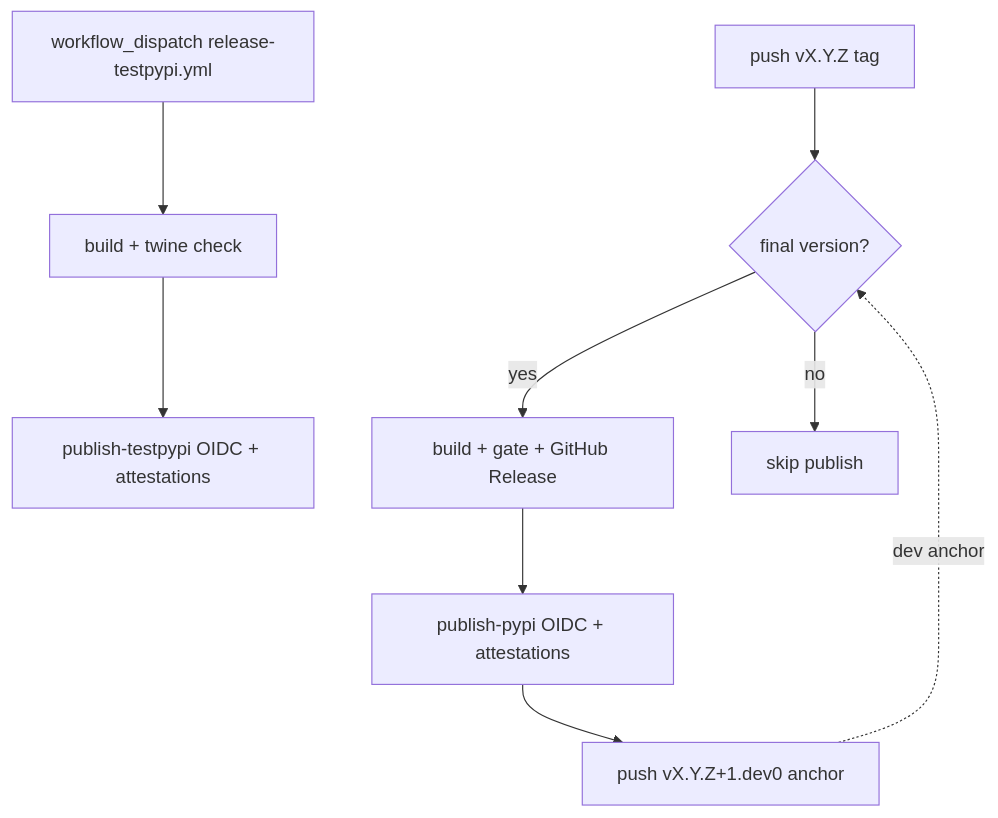
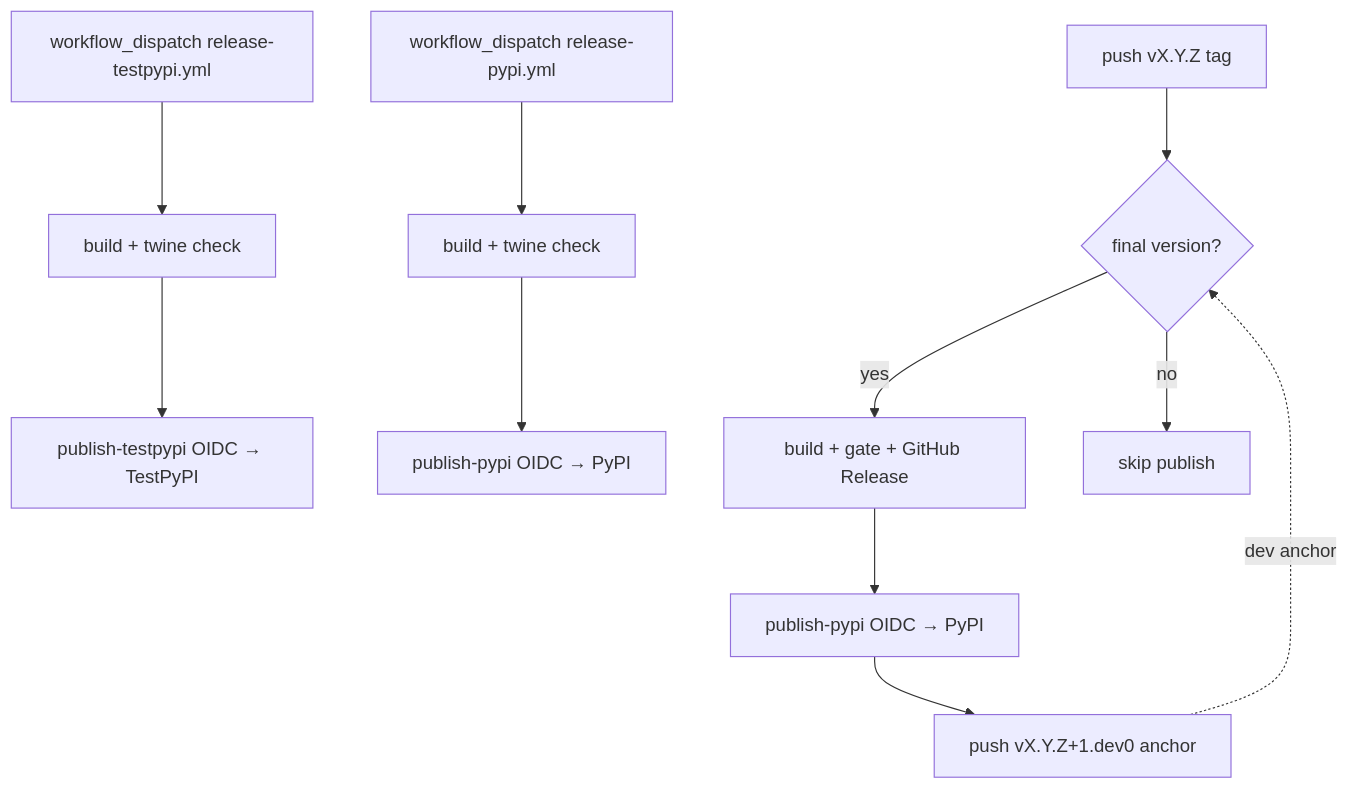
One commit to endorlabs/endorlabs-sdk changed the diagram in docs/contributing/release-publishing.md. Above: the diagram before and after it, drawn with Mermaid. The commit also changed other lines of this file and 11 other files, not shown here.

First line of the commit message:
chore: bump dependency pins and add manual PyPI release workflow

````diff
--- a/docs/contributing/release-publishing.md
+++ b/docs/contributing/release-publishing.md
@@ -156,11 +166,13 @@
 ```mermaid
 flowchart TD
-  dispatch["workflow_dispatch release-testpypi.yml"] --> testBuild[build + twine check]
-  testBuild --> pubT["publish-testpypi OIDC + attestations"]
+  dispatchTest["workflow_dispatch release-testpypi.yml"] --> testBuild[build + twine check]
+  testBuild --> pubT["publish-testpypi OIDC → TestPyPI"]
+  dispatchProd["workflow_dispatch release-pypi.yml"] --> prodManualBuild[build + twine check]
+  prodManualBuild --> pubM["publish-pypi OIDC → PyPI"]
   tag["push vX.Y.Z tag"] --> gate{final version?}
   gate -- yes --> prodBuild[build + gate + GitHub Release]
-  prodBuild --> pubP["publish-pypi OIDC + attestations"]
+  prodBuild --> pubP["publish-pypi OIDC → PyPI"]
   pubP --> bump["push vX.Y.Z+1.dev0 anchor"]
   bump -.->|dev anchor| gate
   gate -- no --> skip[skip publish]
 ```
````
